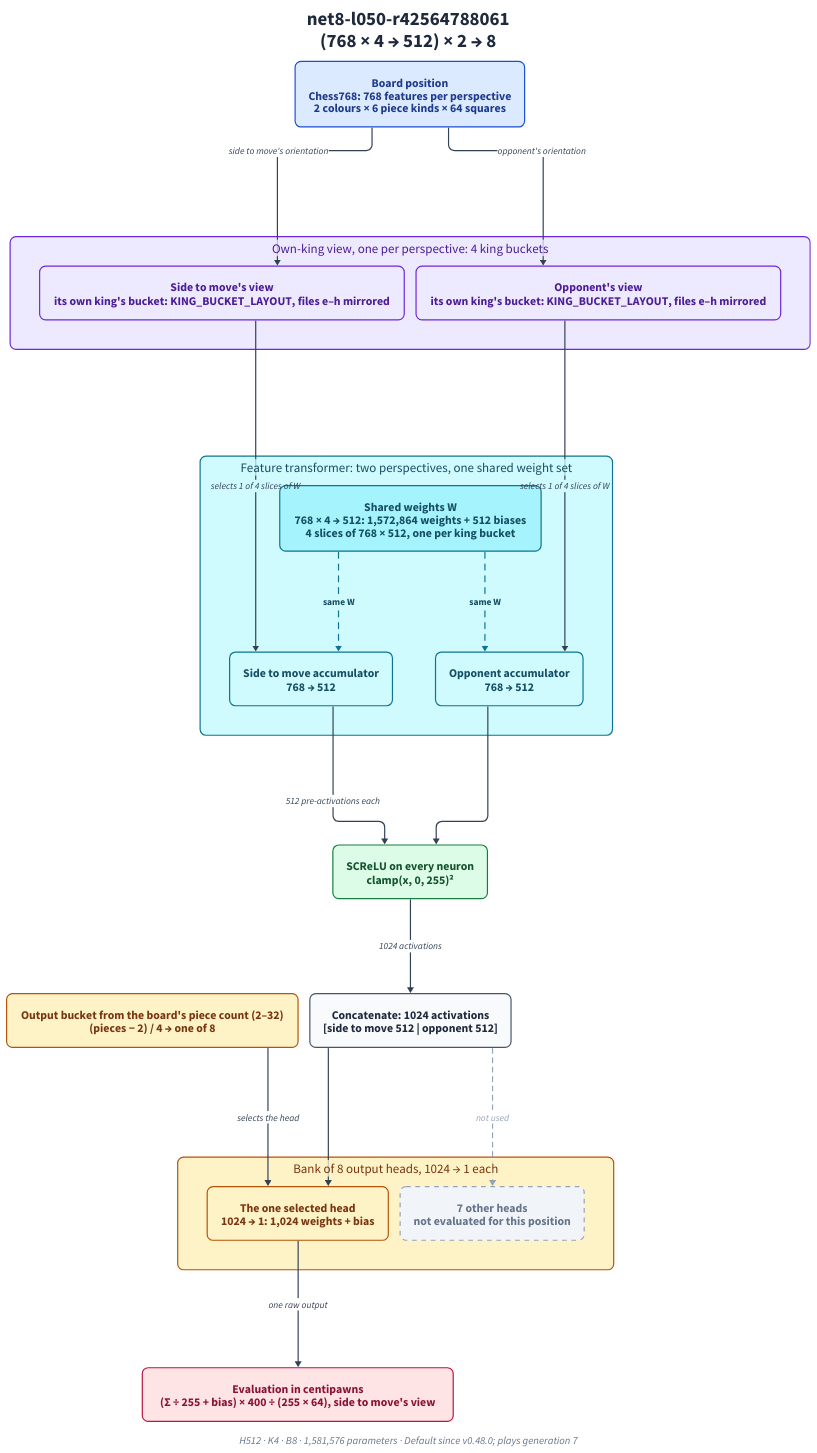
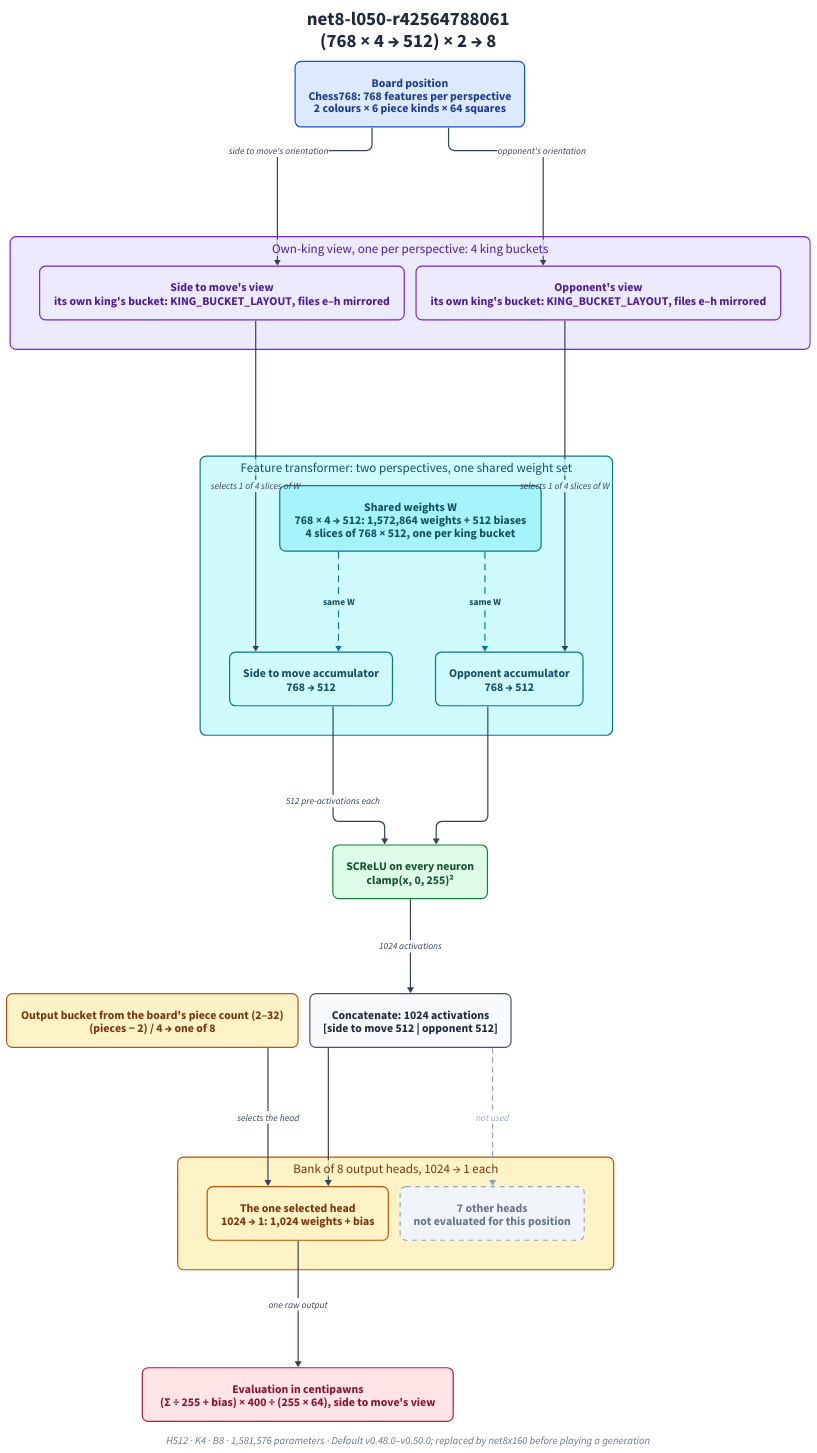
One commit to jwallace145/rusty-chess-v2 changed the diagram in docs/nnue-architectures/diagrams/net8-l050-r42564788061.d2. Above: the diagram before and after it, drawn with D2. The commit also changed 14 other files, not shown here.

Commit message:
feat(nnue): embed net8x160, net8's recipe at twice the schedule, as the default (#256)

```diff
--- a/docs/nnue-architectures/diagrams/net8-l050-r42564788061.d2
+++ b/docs/nnue-architectures/diagrams/net8-l050-r42564788061.d2
@@ -1,163 +1,163 @@
 # net8-l050-r42564788061: (768 × 4 → 512) × 2 → 8
 # Generated by tools/nnue-diagrams from docs/nnue-architectures/manifests/net8-l050-r42564788061.json. Do not edit by hand.
 direction: down
 vars: {
   d2-config: {
     layout-engine: elk
     theme-id: 0
     pad: 24
   }
 }
 classes: {
   input: {
     style: {
       fill: "#DBEAFE"
       stroke: "#1D4ED8"
       font-color: "#1E3A8A"
       stroke-width: 2
       border-radius: 10
       font-size: 20
     }
   }
   view: {
     style: {
       fill: "#EDE9FE"
       stroke: "#6D28D9"
       font-color: "#4C1D95"
       stroke-width: 2
       border-radius: 10
       font-size: 20
     }
   }
   transformer: {
     style: {
       fill: "#CFFAFE"
       stroke: "#0E7490"
       font-color: "#164E63"
       stroke-width: 2
       border-radius: 10
       font-size: 20
     }
   }
   weights: {
     style: {
       fill: "#A5F3FC"
       stroke: "#0E7490"
       font-color: "#164E63"
       stroke-width: 2
       border-radius: 10
       font-size: 20
       bold: true
     }
   }
   activation: {
     style: {
       fill: "#DCFCE7"
       stroke: "#15803D"
       font-color: "#14532D"
       stroke-width: 2
       border-radius: 10
       font-size: 20
     }
   }
   head: {
     style: {
       fill: "#FEF3C7"
       stroke: "#B45309"
       font-color: "#78350F"
       stroke-width: 2
       border-radius: 10
       font-size: 20
     }
   }
   eval: {
     style: {
       fill: "#FFE4E6"
       stroke: "#BE123C"
       font-color: "#881337"
       stroke-width: 2
       border-radius: 10
       font-size: 20
       bold: true
     }
   }
   neutral: {
     style: {
       fill: "#F8FAFC"
       stroke: "#475569"
       font-color: "#1E293B"
       stroke-width: 2
       border-radius: 10
       font-size: 20
     }
   }
   muted: {
     style: {
       fill: "#F1F5F9"
       stroke: "#94A3B8"
       font-color: "#64748B"
       stroke-width: 2
       border-radius: 10
       font-size: 20
       stroke-dash: 4
     }
   }
   flow: { style: { stroke: "#334155"; stroke-width: 2; font-color: "#334155"; font-size: 16 } }
   faint: { style: { stroke: "#94A3B8"; stroke-width: 2; stroke-dash: 4; font-color: "#94A3B8"; font-size: 16 } }
   shared: { style: { stroke: "#0E7490"; stroke-width: 2; stroke-dash: 5; font-color: "#164E63"; font-size: 16; bold: true } }
 }
 
 title: "net8-l050-r42564788061\n(768 × 4 → 512) × 2 → 8" {
   shape: text
   near: top-center
   style: { font-size: 32; bold: true; font-color: "#1E293B" }
 }
-caption: "H512 · K4 · B8  ·  1,581,576 parameters  ·  Default since v0.48.0; plays generation 7" {
+caption: "H512 · K4 · B8  ·  1,581,576 parameters  ·  Default v0.48.0–v0.50.0; replaced by net8x160 before playing a generation" {
   shape: text
   near: bottom-center
   style: { font-size: 18; font-color: "#64748B"; italic: true }
 }
 
 board: "Board position\nChess768: 768 features per perspective\n2 colours × 6 piece kinds × 64 squares" { class: input }
 
 views: "Own-king view, one per perspective: 4 king buckets" {
   class: view
   style.font-size: 22
   us: "Side to move's view\nits own king's bucket: KING_BUCKET_LAYOUT, files e–h mirrored" { class: view }
   them: "Opponent's view\nits own king's bucket: KING_BUCKET_LAYOUT, files e–h mirrored" { class: view }
 }
 
 ft: "Feature transformer: two perspectives, one shared weight set" {
   class: transformer
   style.font-size: 22
   w: "Shared weights W\n768 × 4 → 512: 1,572,864 weights + 512 biases\n4 slices of 768 × 512, one per king bucket" { class: weights }
   us: "Side to move accumulator\n768 → 512" { class: transformer }
   them: "Opponent accumulator\n768 → 512" { class: transformer }
   w -> us: "same W" { class: shared }
   w -> them: "same W" { class: shared }
 }
 
 screlu: "SCReLU on every neuron\nclamp(x, 0, 255)²" { class: activation }
 concat: "Concatenate: 1024 activations\n[side to move 512 | opponent 512]" { class: neutral }
 
 select: "Output bucket from the board's piece count (2–32)\n(pieces − 2) / 4  →  one of 8" { class: head }
 heads: "Bank of 8 output heads, 1024 → 1 each" {
   class: head
   style.font-size: 22
   chosen: "The one selected head\n1024 → 1: 1,024 weights + bias" { class: head }
   rest: "7 other heads\nnot evaluated for this position" { class: muted }
 }
 
 eval: "Evaluation in centipawns\n(Σ ÷ 255 + bias) × 400 ÷ (255 × 64), side to move's view" { class: eval }
 
 board -> views.us: "side to move's orientation" { class: flow }
 board -> views.them: "opponent's orientation" { class: flow }
 views.us -> ft.us: "selects 1 of 4 slices of W" { class: flow }
 views.them -> ft.them: "selects 1 of 4 slices of W" { class: flow }
 ft.us -> screlu: "512 pre-activations each" { class: flow }
 ft.them -> screlu: { class: flow }
 screlu -> concat: "1024 activations" { class: flow }
 select -> heads.chosen: "selects the head" { class: flow }
 concat -> heads.rest: "not used" { class: faint }
 concat -> heads.chosen: { class: flow }
 heads.chosen -> eval: "one raw output" { class: flow }
```
